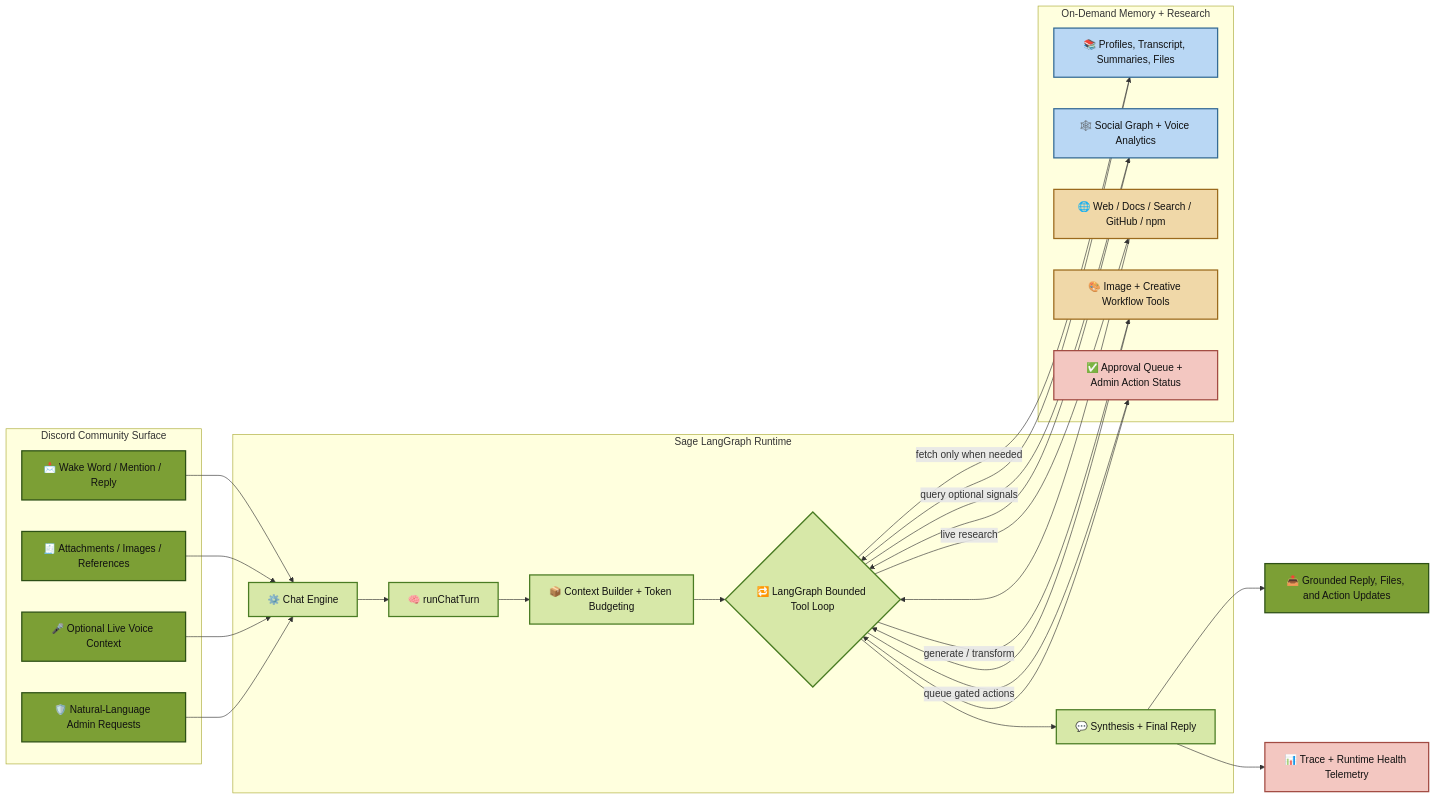
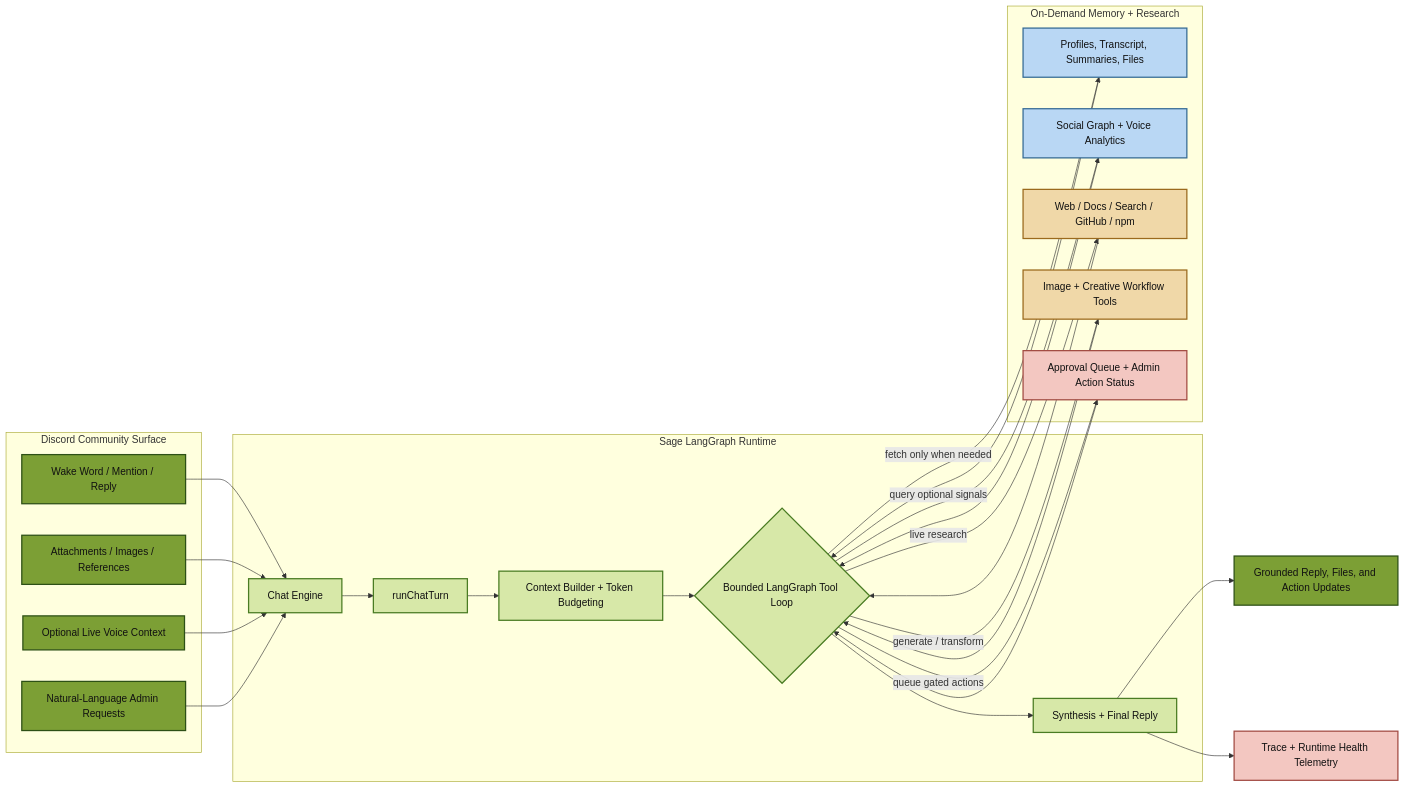
One commit to BokX1/Sage changed the first of 2 diagrams in README.md. Above: the diagram before and after it, drawn with Mermaid. The commit also changed other lines of this file and 3 other files, not shown here.

Commit message:
docs: repair mermaid rendering and readme links

````diff
--- a/README.md
+++ b/README.md
@@ -79,50 +79,50 @@
 ```mermaid
 flowchart LR
     classDef discord fill:#7c9f35,stroke:#2d5016,stroke-width:2px,color:#111
     classDef runtime fill:#d7e8a8,stroke:#4a7c23,stroke-width:2px,color:#111
     classDef memory fill:#b9d7f4,stroke:#356b95,stroke-width:2px,color:#111
     classDef tools fill:#f0d8a8,stroke:#9b6a1d,stroke-width:2px,color:#111
     classDef ops fill:#f3c7c1,stroke:#a24b43,stroke-width:2px,color:#111
 
     subgraph Discord["Discord Community Surface"]
-        U["📩 Wake Word / Mention / Reply"]:::discord
-        X["🧾 Attachments / Images / References"]:::discord
-        V["🎤 Optional Live Voice Context"]:::discord
-        A["🛡️ Natural-Language Admin Requests"]:::discord
+        U["Wake Word / Mention / Reply"]:::discord
+        X["Attachments / Images / References"]:::discord
+        V["Optional Live Voice Context"]:::discord
+        A["Natural-Language Admin Requests"]:::discord
     end
 
     subgraph Runtime["Sage LangGraph Runtime"]
-        CE["⚙️ Chat Engine"]:::runtime
-        RT["🧠 runChatTurn"]:::runtime
-        CB["📦 Context Builder + Token Budgeting"]:::runtime
-        TL{"🔁 LangGraph Bounded Tool Loop"}:::runtime
-        SY["💬 Synthesis + Final Reply"]:::runtime
+        CE["Chat Engine"]:::runtime
+        RT["runChatTurn"]:::runtime
+        CB["Context Builder + Token Budgeting"]:::runtime
+        TL{"Bounded LangGraph Tool Loop"}:::runtime
+        SY["Synthesis + Final Reply"]:::runtime
     end
 
     subgraph Data["On-Demand Memory + Research"]
-        M["📚 Profiles, Transcript, Summaries, Files"]:::memory
-        G["🕸️ Social Graph + Voice Analytics"]:::memory
-        W["🌐 Web / Docs / Search / GitHub / npm"]:::tools
-        C["🎨 Image + Creative Workflow Tools"]:::tools
-        P["✅ Approval Queue + Admin Action Status"]:::ops
+        M["Profiles, Transcript, Summaries, Files"]:::memory
+        G["Social Graph + Voice Analytics"]:::memory
+        W["Web / Docs / Search / GitHub / npm"]:::tools
+        C["Image + Creative Workflow Tools"]:::tools
+        P["Approval Queue + Admin Action Status"]:::ops
     end
 
     U --> CE
     X --> CE
     V --> CE
     A --> CE
     CE --> RT --> CB --> TL
     TL -->|"fetch only when needed"| M
     TL -->|"query optional signals"| G
     TL -->|"live research"| W
     TL -->|"generate / transform"| C
     TL -->|"queue gated actions"| P
     M --> TL
     G --> TL
     W --> TL
     C --> TL
     P --> TL
     TL --> SY
-    SY --> R["📤 Grounded Reply, Files, and Action Updates"]:::discord
-    SY --> T["📊 Trace + Runtime Health Telemetry"]:::ops
+    SY --> R["Grounded Reply, Files, and Action Updates"]:::discord
+    SY --> T["Trace + Runtime Health Telemetry"]:::ops
 ```
````
